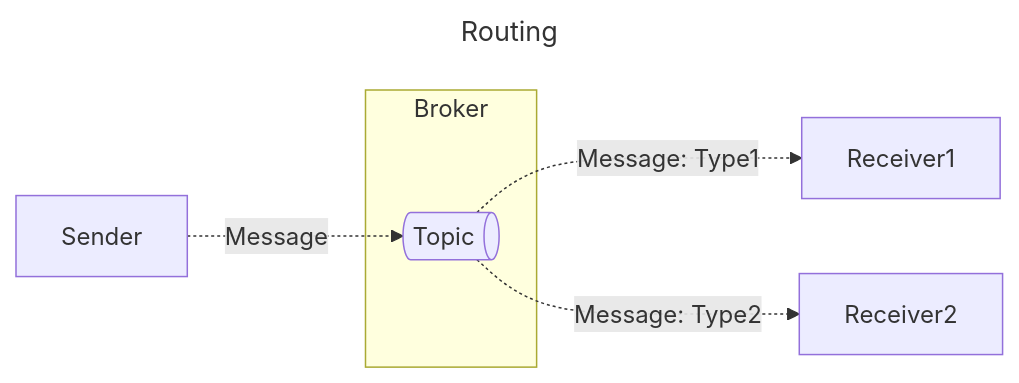
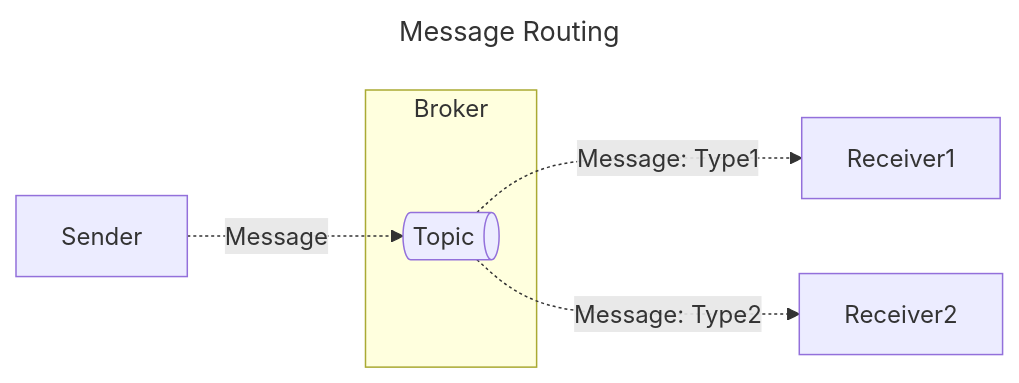
One commit to diagrid-labs/dapr-pub-sub-deep-dive changed the diagram in .demo/slides/04-advanced/routing-diagrams.md. Above: the diagram before and after it, drawn with Mermaid. The commit also changed 33 other files, not shown here.

Commit message:
Add images and diagrams

````diff
--- a/.demo/slides/04-advanced/routing-diagrams.md
+++ b/.demo/slides/04-advanced/routing-diagrams.md
@@ -6,17 +6,17 @@
 ```mermaid
 ---
-title: Routing
+title: Message Routing
 config:
   theme: light
 ---
 graph LR
     S[Sender]
     subgraph Broker
     T@{ shape: das, label: "Topic" }
     end
     R1[Receiver1]
     R2[Receiver2]
     S -.->|Message| T
     T -.->|Message: Type1| R1
     T -.->|Message: Type2| R2
 ```
````
